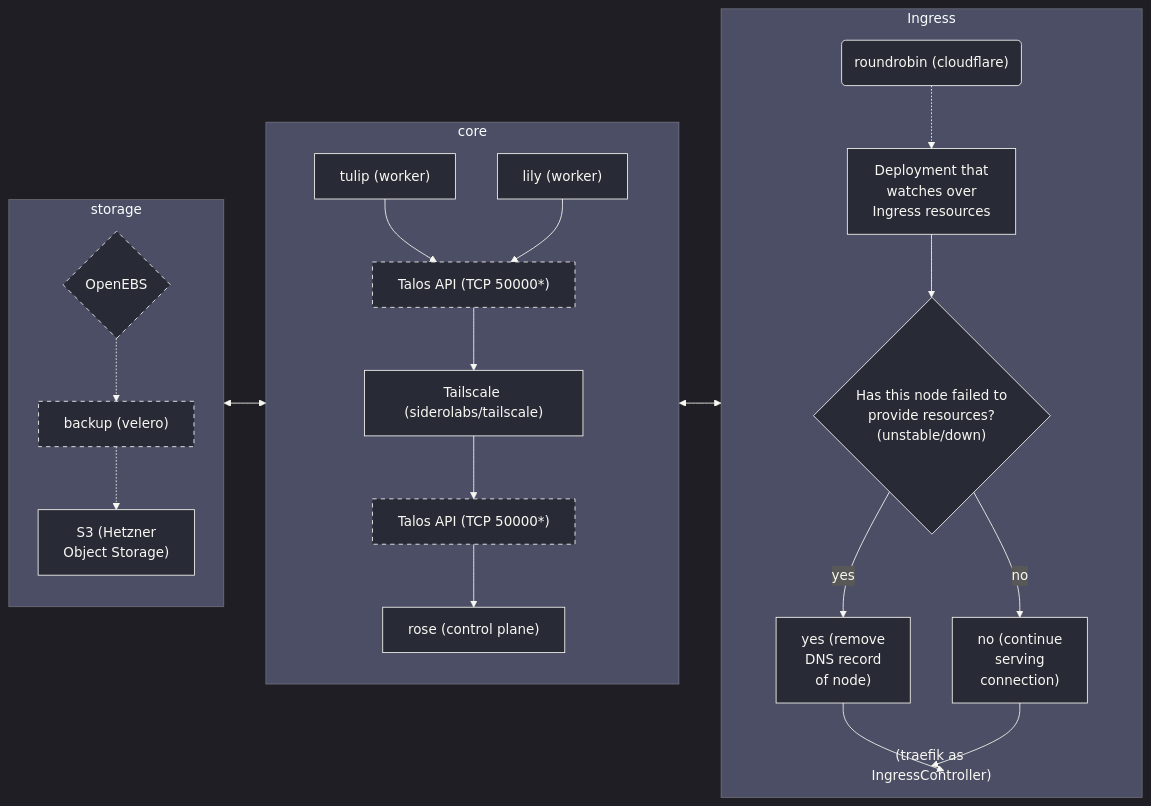
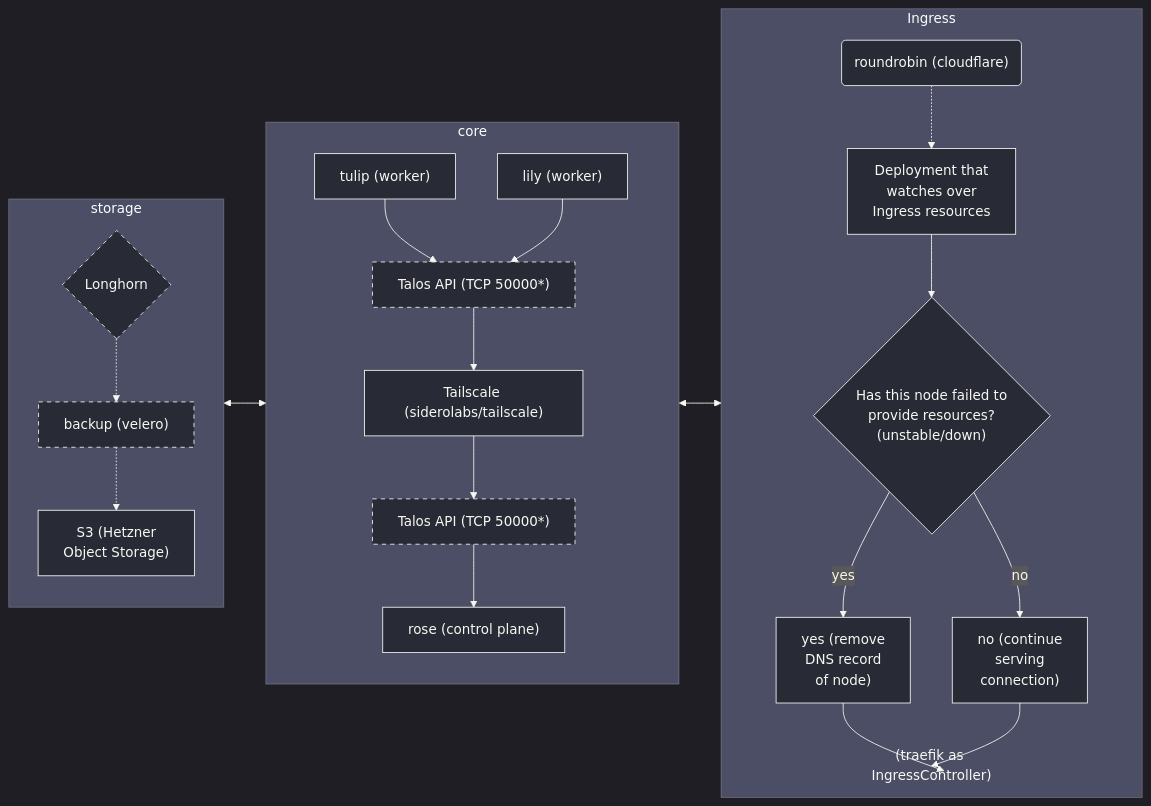
The diagram in README.md (bouquet2/bouquet2), drawn with Mermaid before and after one commit. The commit also changed other lines of this file, not shown here.

Commit message:
Switch OpenEBS with Longhorn

````diff
--- a/README.md
+++ b/README.md
@@ -45,60 +44,60 @@
 ```mermaid
 %%{init: {'theme': 'dark', 'themeVariables': {'mainBkg': '#282a36', 'nodeBorder': '#f8f8f2', 'textColor': '#f8f8f2', 'lineColor': '#f8f8f2', 'primaryColor': '#282a36', 'primaryTextColor': '#f8f8f2', 'primaryBorderColor': '#f8f8f2'}}}%%
 graph LR
     classDef dashed stroke-dasharray: 5 5, stroke-width:1px
 
     %% - All nodes run Talos Linux
     %% - Will be multi-cloud
     %% - Will be expandable
     %% - hopefully be reproducible (fingers crossed)
     %% - velero might not happen depends on my wallet idk
 
     subgraph Core [core]
         direction TB
         core_rose["rose (control plane)"]
         core_talos_api_up["Talos API (TCP 50000*)"]:::dashed
         core_tailscale["Tailscale (siderolabs/tailscale)"]
         core_talos_api_down["Talos API (TCP 50000*)"]:::dashed
         core_tulip["tulip (worker)"]
         core_lily["lily (worker)"]
 
         core_tulip --> core_talos_api_down
         core_lily --> core_talos_api_down
         core_talos_api_down --> core_tailscale
         core_tailscale --> core_talos_api_up
         core_talos_api_up --> core_rose
     end
 
     subgraph Storage [storage]
         direction TB
-        storage_openebs{"OpenEBS"}:::dashed
+        storage_openebs{"Longhorn"}:::dashed
         storage_velero["backup (velero)"]:::dashed
         storage_s3["S3 (Hetzner<br>Object Storage)"]
 
         storage_openebs -.-> storage_velero
         storage_velero -.-> storage_s3
     end
 
     subgraph Ingress
         direction TB
         ingress_rr("roundrobin (cloudflare)")
         ingress_watcher["Deployment that<br>watches over<br>Ingress resources"]
         ingress_check{"Has this node failed to<br>provide resources?<br>(unstable/down)"}
         ingress_yes["yes (remove<br>DNS record<br>of node)"]
         ingress_no["no (continue<br>serving<br>connection)"]
         ingress_note(["(traefik as IngressController)"])
         style ingress_note fill:none,stroke:none,color:#aaa %% Make note less prominent
 
         ingress_rr -.-> ingress_watcher
         ingress_watcher --> ingress_check
         ingress_check -- yes --> ingress_yes
         ingress_check -- no --> ingress_no
         %% Place note loosely after decision
         ingress_yes --> ingress_note
         ingress_no --> ingress_note
     end
 
     %% Connections between subgraphs
     Storage <--> Core
     Core <--> Ingress
 ```
````
